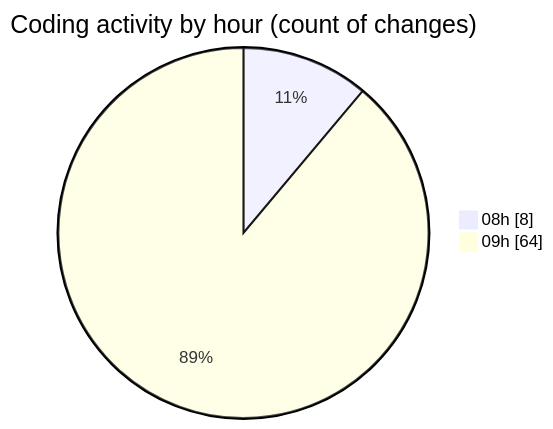
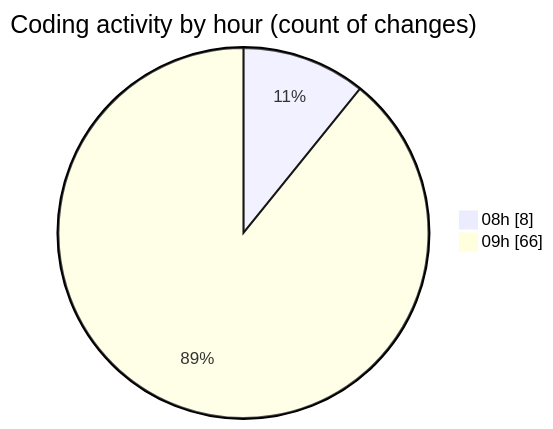
The second of 2 diagrams in 2025-03-17/lumine-web/README.md (robertbonfada/code-tracking), drawn with Mermaid before and after one commit. The commit also changed other lines of this file and 1 other file, not shown here.

````diff
--- a/2025-03-17/lumine-web/README.md
+++ b/2025-03-17/lumine-web/README.md
@@ -52,6 +52,6 @@
 ```mermaid
 pie showData
 title Coding activity by hour (count of changes)
 "08h" : 8
-"09h" : 64
+"09h" : 66
 ```
````
